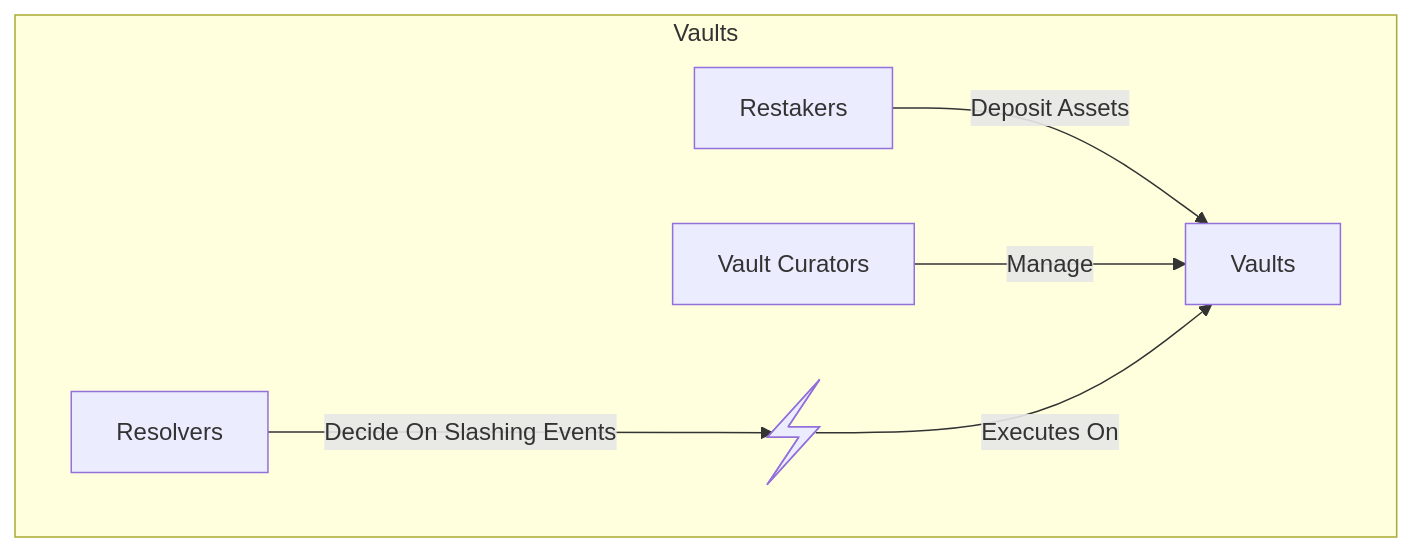
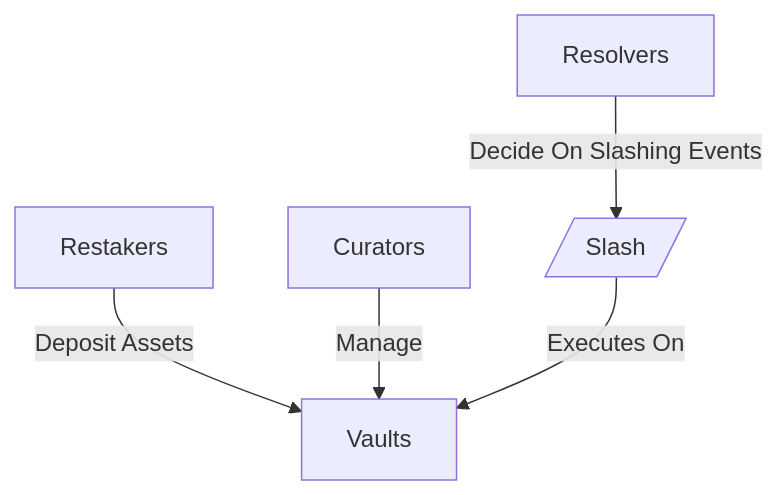
One commit to moondance-labs/tanssi-docs changed the first of 4 diagrams in learn/tanssi/external-security-providers/symbiotic.md. Above: the diagram before and after it, drawn with Mermaid. The commit also changed other lines of this file, not shown here.

Commit message:
Apply suggestions from code review

````diff
--- a/learn/tanssi/external-security-providers/symbiotic.md
+++ b/learn/tanssi/external-security-providers/symbiotic.md
@@ -24,15 +24,8 @@
     ```mermaid
     flowchart TD
-
-        subgraph Vaults
-            vaults["Vaults"] 
-            restakers["Restakers"]
-            curators["Vault Curators"]
-            resolvers["Resolvers"]
-            restakers -- Deposit Assets --> vaults
-            curators -- Manage --> vaults
-            slash@{ shape: bolt, label: "Communication link" }
-            resolvers -- Decide On Slashing Events --> slash
-            slash -- Executes On --> vaults
-        end
+        slash[/Slash/]
+        Restakers -- Deposit Assets --> Vaults
+        Curators -- Manage --> Vaults
+        Resolvers -- Decide On Slashing Events --> slash
+        slash -- Executes On --> Vaults
     ```
````
